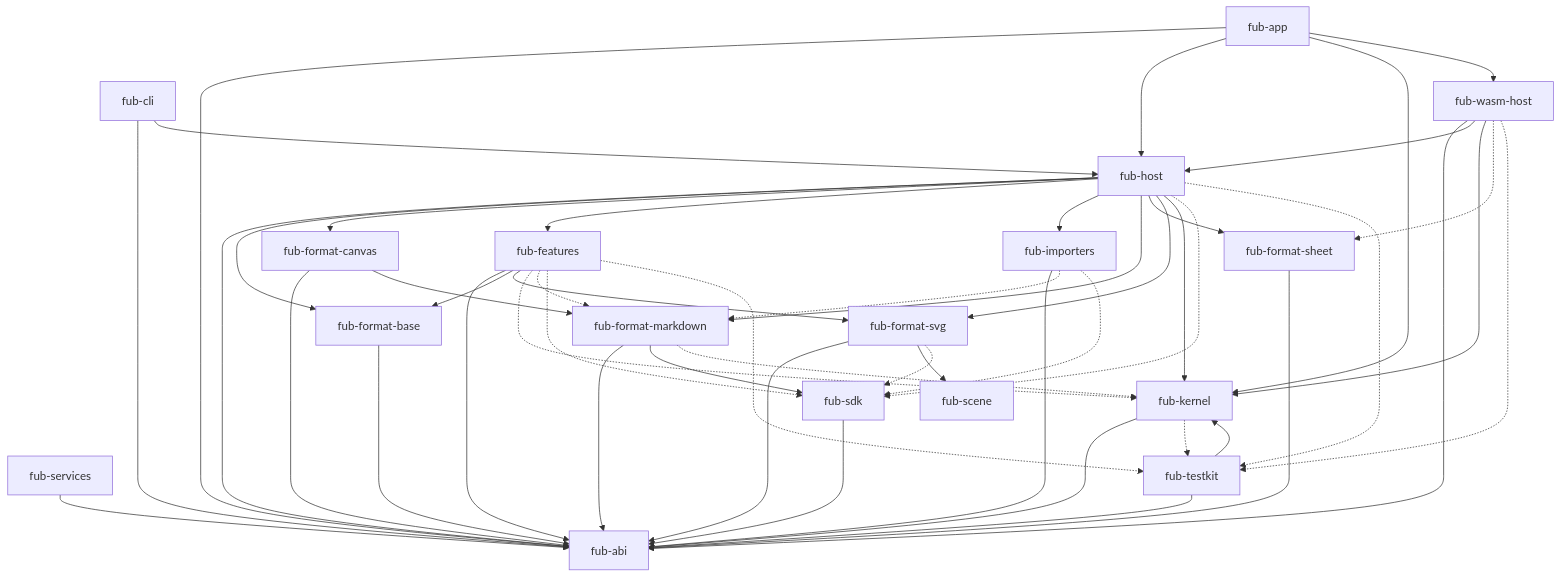
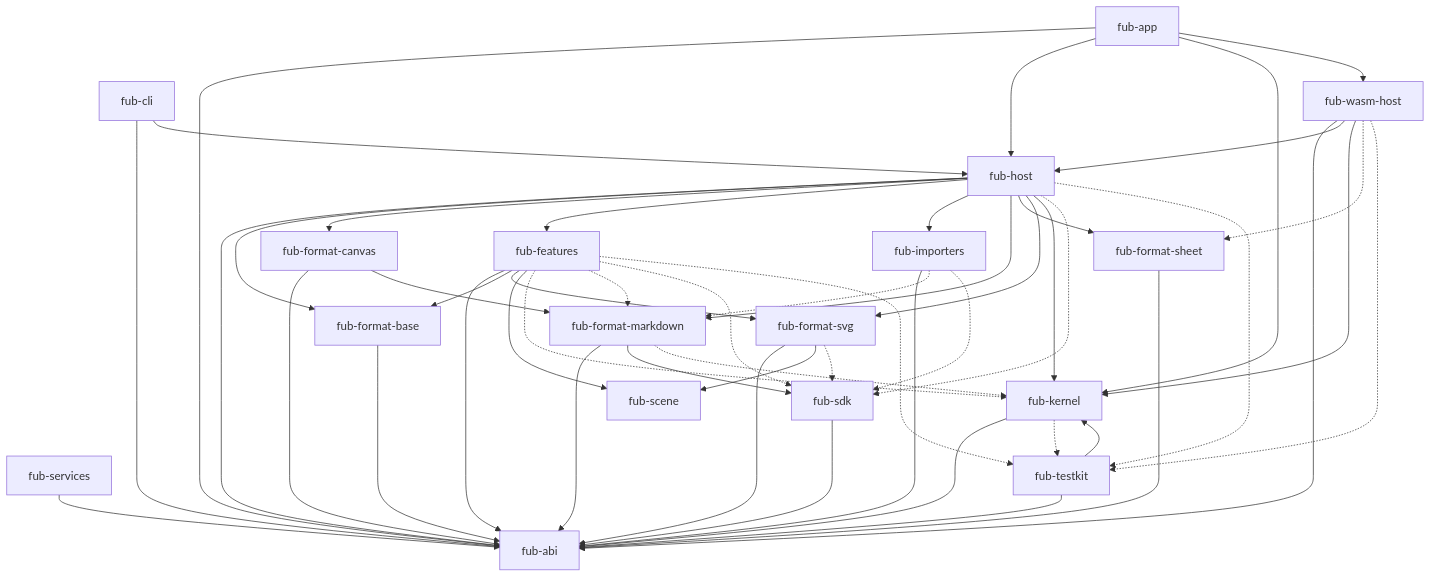
Before and after one commit to Fubeo/Fub: the first of 2 diagrams in docs/architecture/overview.md, drawn with Mermaid. The commit also changed other lines of this file, not shown here.

First line of the commit message:
docs(architettura): l'arco features --> scene dell'export dei PDF (FD-503)

````diff
--- a/docs/architecture/overview.md
+++ b/docs/architecture/overview.md
@@ -28,73 +28,74 @@
 ```mermaid
 flowchart TD
     %% @grafo-dipendenze
     %% Questo blocco è confrontato con cargo metadata da dependency_invariant.rs.
 
     app["fub-app"]
     host["fub-host"]
     features["fub-features"]
     markdown["fub-format-markdown"]
     sheet["fub-format-sheet"]
     base["fub-format-base"]
     canvas["fub-format-canvas"]
     svg["fub-format-svg"]
     scene["fub-scene"]
     importers["fub-importers"]
     cli["fub-cli"]
     services["fub-services"]
     wasmhost["fub-wasm-host"]
     sdk["fub-sdk"]
     testkit["fub-testkit"]
     kernel["fub-kernel"]
     abi["fub-abi"]
 
     app --> abi
     app --> host
     app --> kernel
     app --> wasmhost
     host --> abi
     host --> base
     host --> canvas
     host --> features
     host --> importers
     host --> markdown
     host --> sheet
     host --> svg
     host --> kernel
     cli --> abi
     cli --> host
     services --> abi
     base --> abi
     canvas --> abi
     canvas --> markdown
     importers --> abi
     features --> abi
     features --> base
     features --> svg
+    features --> scene
     markdown --> abi
     markdown --> sdk
     sheet --> abi
     svg --> abi
     svg --> scene
     wasmhost --> abi
     wasmhost --> host
     wasmhost --> kernel
     kernel --> abi
     sdk --> abi
     testkit --> abi
     testkit --> kernel
 
     features -.-> kernel
     features -.-> markdown
     features -.-> sdk
     features -.-> testkit
     markdown -.-> kernel
     kernel -.-> testkit
     host -.-> sdk
     host -.-> testkit
     wasmhost -.-> sheet
     wasmhost -.-> testkit
     importers -.-> markdown
     importers -.-> sdk
     svg -.-> sdk
 ```
````
